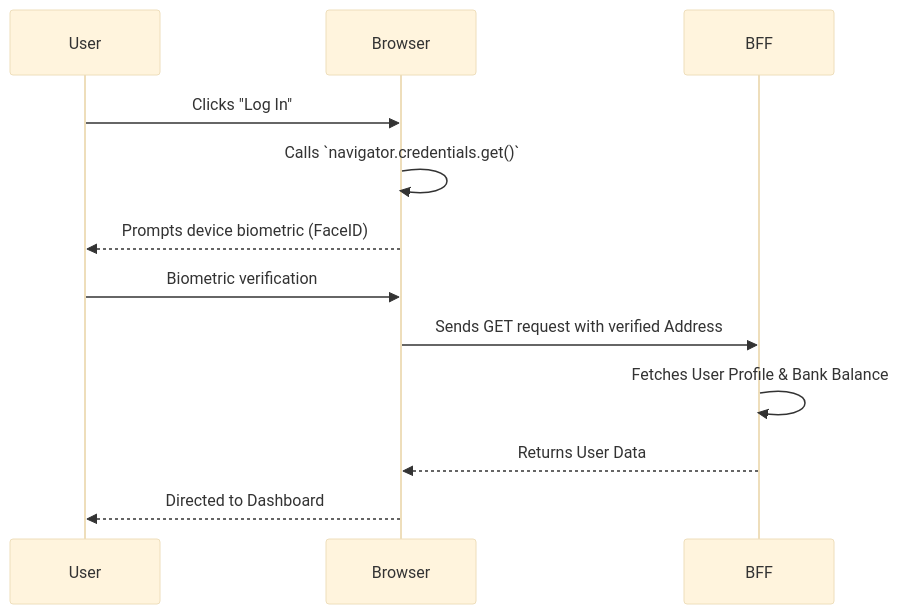
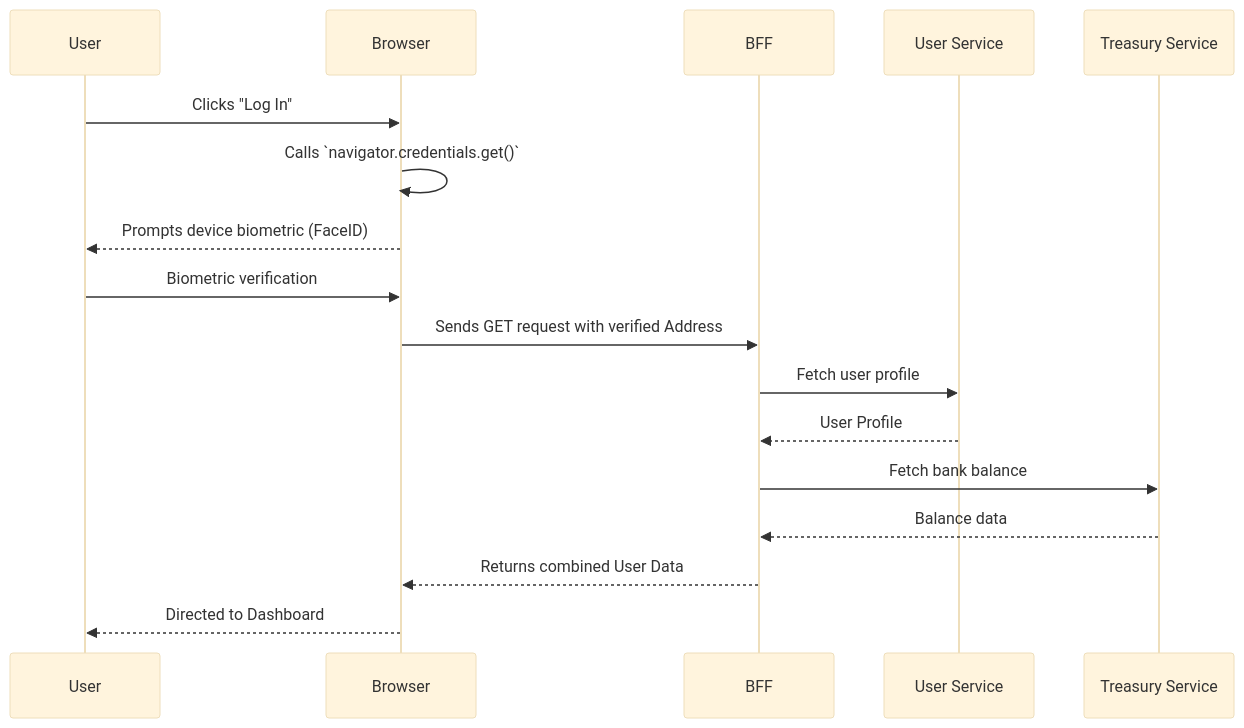
Before and after one commit to balnoumair/web-3-bank: the second of 3 diagrams in architecture/authentication.md, drawn with Mermaid (base theme). The commit also changed other lines of this file and 18 other files, not shown here.

First line of the commit message:
Architecture consolidation: service boundaries, hot path relay, and implementation tasks (#1)

````diff
--- a/architecture/authentication.md
+++ b/architecture/authentication.md
@@ -54,15 +57,20 @@
 ```mermaid
 sequenceDiagram
     participant User
     participant Browser
     participant BFF
+    participant User Service
+    participant Treasury Service
 
     User->>Browser: Clicks "Log In"
     Browser->>Browser: Calls `navigator.credentials.get()`
     Browser-->>User: Prompts device biometric (FaceID)
     User->>Browser: Biometric verification
     Browser->>BFF: Sends GET request with verified Address
-    BFF->>BFF: Fetches User Profile & Bank Balance
-    BFF-->>Browser: Returns User Data
+    BFF->>User Service: Fetch user profile
+    User Service-->>BFF: User Profile
+    BFF->>Treasury Service: Fetch bank balance
+    Treasury Service-->>BFF: Balance data
+    BFF-->>Browser: Returns combined User Data
     Browser-->>User: Directed to Dashboard
 ```
````
